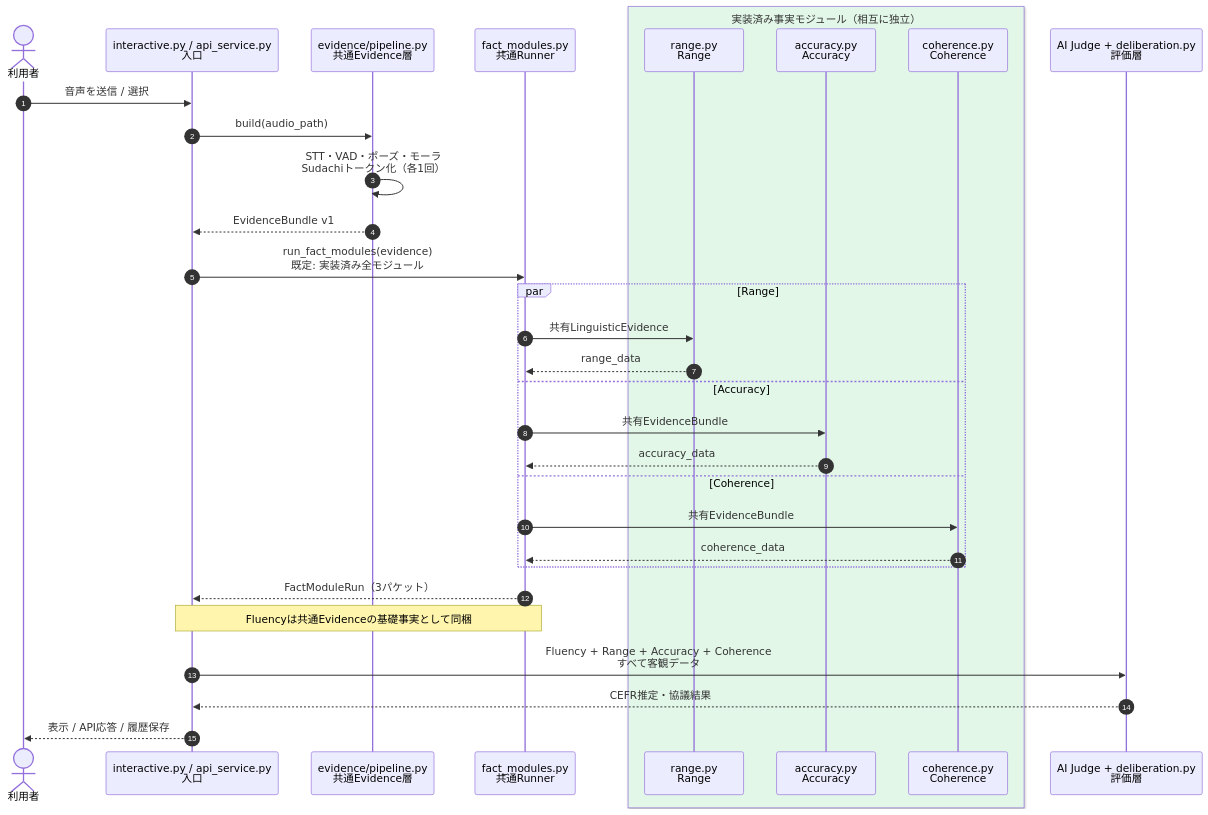
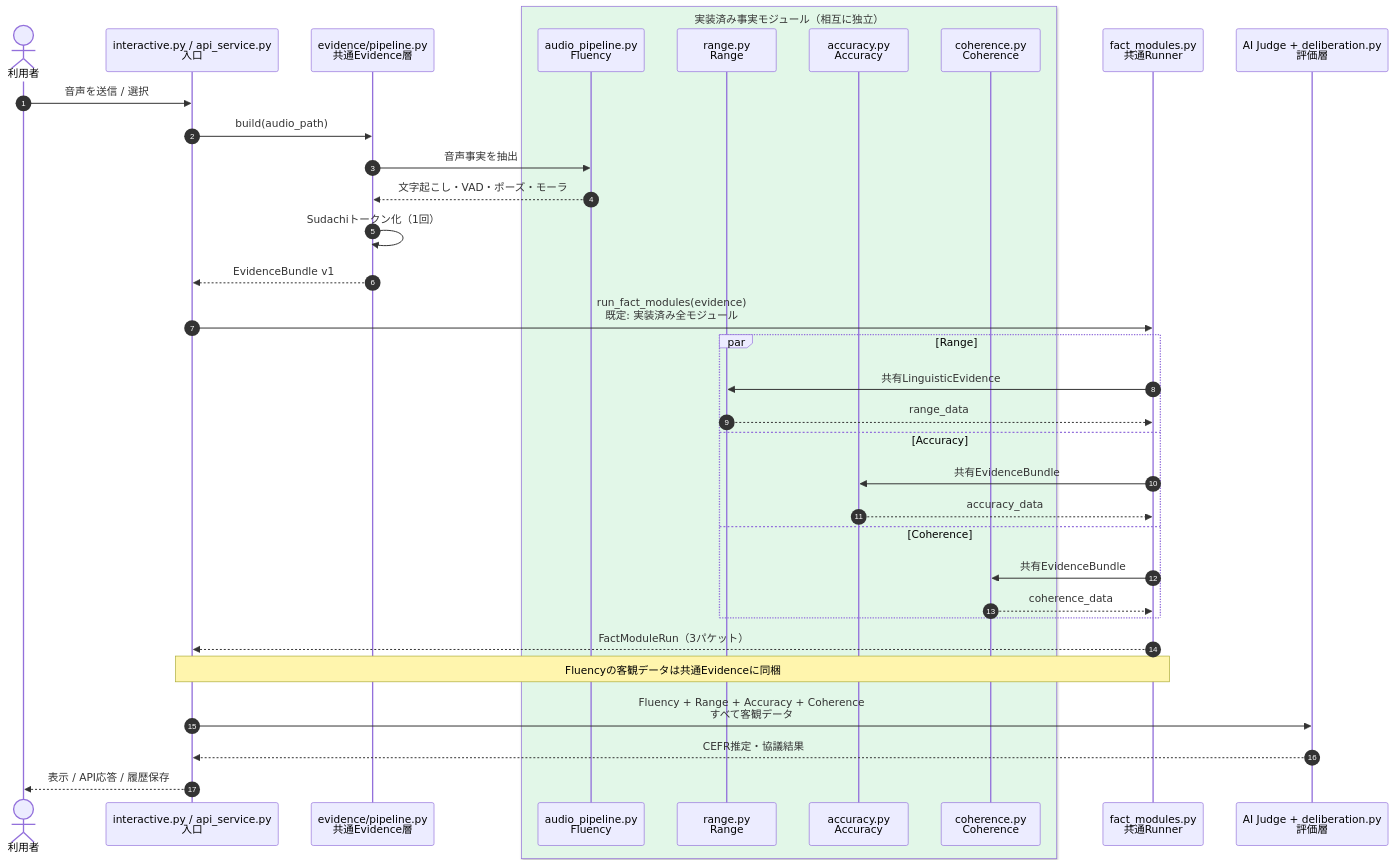
Before and after one commit to nanonigit/japanese-speech-analysis: the diagram in docs/current-fact-module-sequence-compact.mmd, drawn with Mermaid. The commit also changed 1 other file, not shown here.

Commit message:
docs: show fluency as an independent fact module

```diff
--- a/docs/current-fact-module-sequence-compact.mmd
+++ b/docs/current-fact-module-sequence-compact.mmd
@@ -1,35 +1,38 @@
 sequenceDiagram
     autonumber
     actor User as 利用者
     participant Entry as interactive.py / api_service.py<br/>入口
     participant Evidence as evidence/pipeline.py<br/>共通Evidence層
-    participant Runner as fact_modules.py<br/>共通Runner
     box rgb(226, 247, 232) 実装済み事実モジュール（相互に独立）
+        participant Fluency as audio_pipeline.py<br/>Fluency
         participant Range as range.py<br/>Range
         participant Accuracy as accuracy.py<br/>Accuracy
         participant Coherence as coherence.py<br/>Coherence
     end
+    participant Runner as fact_modules.py<br/>共通Runner
     participant Evaluation as AI Judge + deliberation.py<br/>評価層
 
     User->>Entry: 音声を送信 / 選択
     Entry->>Evidence: build(audio_path)
-    Evidence->>Evidence: STT・VAD・ポーズ・モーラ<br/>Sudachiトークン化（各1回）
+    Evidence->>Fluency: 音声事実を抽出
+    Fluency-->>Evidence: 文字起こし・VAD・ポーズ・モーラ
+    Evidence->>Evidence: Sudachiトークン化（1回）
     Evidence-->>Entry: EvidenceBundle v1
     Entry->>Runner: run_fact_modules(evidence)<br/>既定: 実装済み全モジュール
 
     par Range
         Runner->>Range: 共有LinguisticEvidence
         Range-->>Runner: range_data
     and Accuracy
         Runner->>Accuracy: 共有EvidenceBundle
         Accuracy-->>Runner: accuracy_data
     and Coherence
         Runner->>Coherence: 共有EvidenceBundle
         Coherence-->>Runner: coherence_data
     end
 
     Runner-->>Entry: FactModuleRun（3パケット）
-    Note over Entry,Runner: Fluencyは共通Evidenceの基礎事実として同梱
+    Note over Entry,Runner: Fluencyの客観データは共通Evidenceに同梱
     Entry->>Evaluation: Fluency + Range + Accuracy + Coherence<br/>すべて客観データ
     Evaluation-->>Entry: CEFR推定・協議結果
     Entry-->>User: 表示 / API応答 / 履歴保存
```
